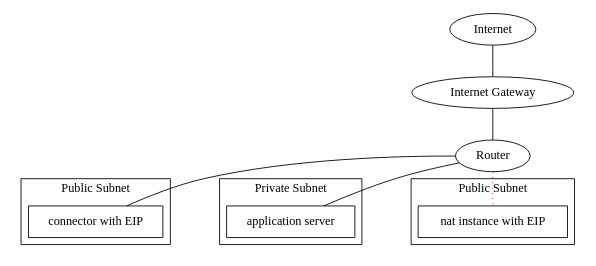
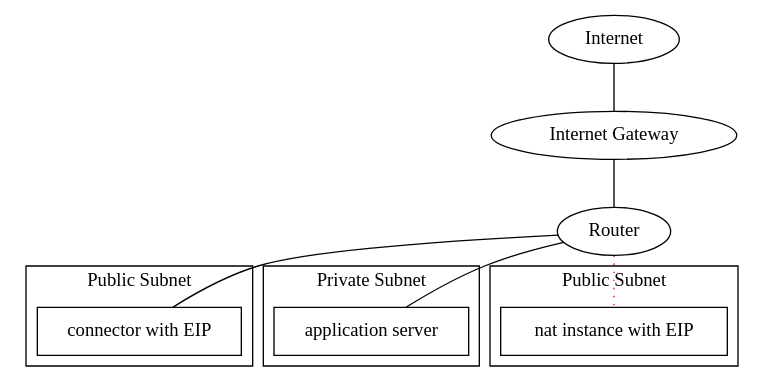
One commit to taeyoungchoon/taeyoungchoon.github.io changed the diagram in awsPart2.dot. Above: the diagram before and after it, drawn with Graphviz. The commit also changed 7 other files, not shown here.

```diff
--- a/awsPart2.dot
+++ b/awsPart2.dot
@@ -1,71 +1,71 @@
 //
 // graphviz-dot-mode
 //
 // M-x compile
 // C-c p
 //
 
 digraph aws {
 
-size="6,6" /* inch */
+// size="6,6" /* inch */
 edge[dir=none]
-nodesep=1.0
-defaultdist="10"
+// nodesep=0.7
+// defaultdist="10"
 
 i -> ig -> r
 // r -> {c; as; nat}
 r -> c
 r -> as
 r -> nat[style=dotted,weight=7,color=red]
 
 i[shape = ellipse, label = "Internet"]
 ig[shape = ellipse, label = "Internet Gateway"]
 r[shape = ellipse, label = "Router"]
 
 c[shape = box, label = "connector with EIP"]
 as[shape = box, label = "application server"]
 // node[shape=circle,style=filled,color=".7 .3 1.0"]
 nat[shape = box, label = "nat instance with EIP"]
 
 subgraph cluster_public_service {
 	label="Public Subnet"
 	c
 }
 
 subgraph cluster_private {
 	label="Private Subnet"
 	labelloc="topleft"
 	as
 }
 
 subgraph cluster_public_nat {
 	label="Public Subnet"
 	nat
 }
 
 
 
 // subgraph cluster_aws {
 // 	label="aws"
 // 	subgraph cluster_inter {
 // 		label="publicSubnet"
 // 		publicSubnet
 // 	}
 // 	privateSubnet
 // }
 
 // subgraph cluster_company {
 // 	label="company"
 // 	administrator
 // 	developer
 // }
 
 // as -> { storage, database }
 // todo : small label
 // todo : label to the circle
 // as -> storage
 // as -> database[dir=back, color=red, label="back"]
 
 // { rank = same; administrator developer }
 
 }
```
